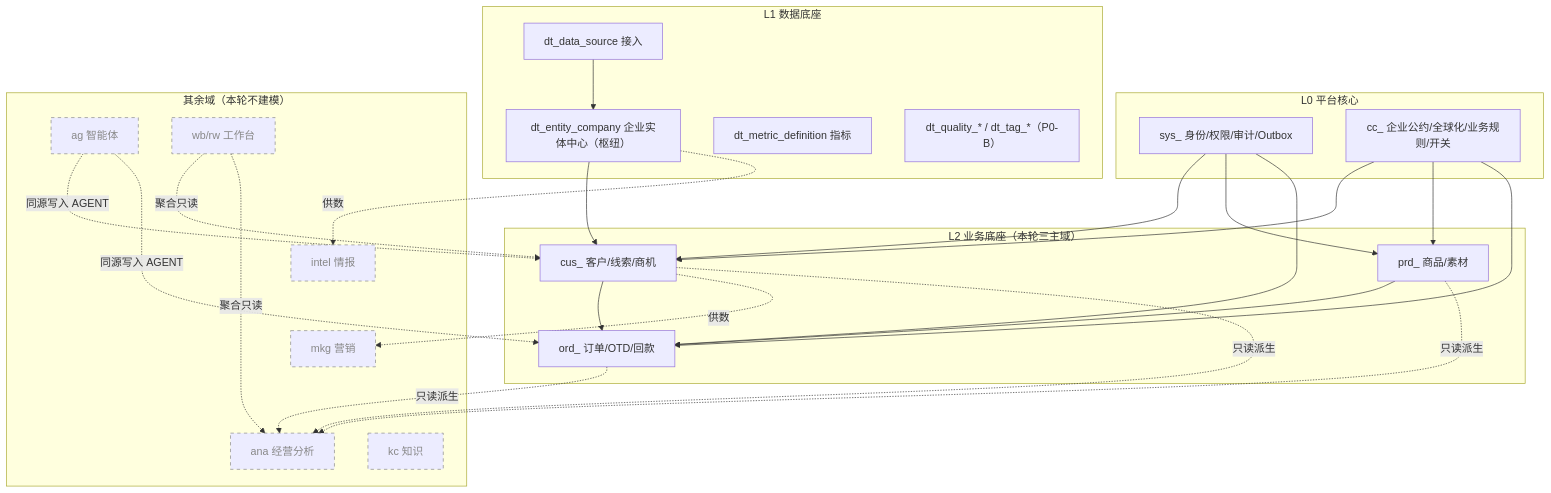
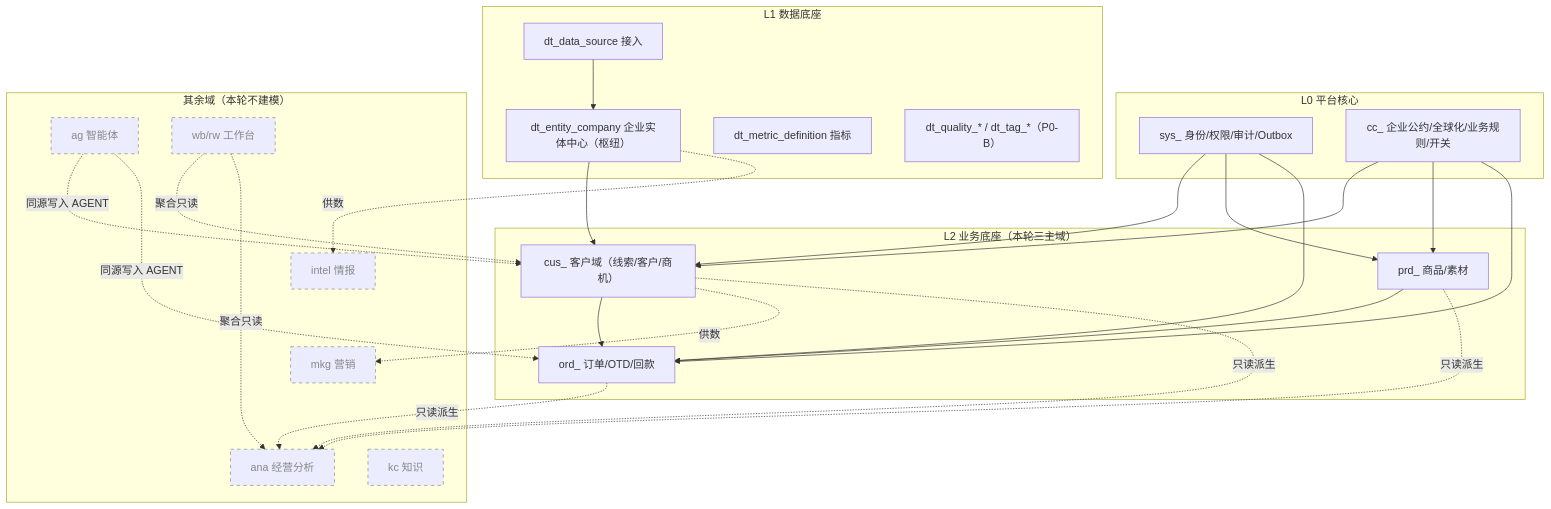
The first of 2 diagrams in lingxi-docs/02-data/概念数据模型-总览.md (Welch-Qi/lingxi2.0), drawn with Mermaid before and after one commit. The commit also changed other lines of this file and 306 other files, not shown here.

````diff
--- a/lingxi-docs/02-data/概念数据模型-总览.md
+++ b/lingxi-docs/02-data/概念数据模型-总览.md
@@ -49,48 +49,48 @@
 ```mermaid
 flowchart TB
   subgraph L0["L0 平台核心"]
     SYS["sys_ 身份/权限/审计/Outbox"]
     CC["cc_ 企业公约/全球化/业务规则/开关"]
   end
   subgraph L1["L1 数据底座"]
     ENT["dt_entity_company 企业实体中心（枢纽）"]
     MET["dt_metric_definition 指标"]
     SRC["dt_data_source 接入"]
     QUAL["dt_quality_* / dt_tag_*（P0-B）"]
   end
   subgraph L2["L2 业务底座（本轮三主域）"]
-    CUS["cus_ 客户/线索/商机"]
+    CUS["cus_ 客户域（线索/客户/商机）"]
     PRD["prd_ 商品/素材"]
     ORD["ord_ 订单/OTD/回款"]
   end
   subgraph FUT["其余域（本轮不建模）"]
     MKG["mkg 营销"]:::dim
     INTEL["intel 情报"]:::dim
     ANA["ana 经营分析"]:::dim
     AG["ag 智能体"]:::dim
     KC["kc 知识"]:::dim
     WB["wb/rw 工作台"]:::dim
   end
 
   SYS --> CUS
   SYS --> PRD
   SYS --> ORD
   CC --> CUS
   CC --> PRD
   CC --> ORD
   SRC --> ENT
   ENT --> CUS
   CUS --> ORD
   PRD --> ORD
   ENT -.->|供数| INTEL
   CUS -.->|供数| MKG
   ORD -.->|只读派生| ANA
   CUS -.->|只读派生| ANA
   PRD -.->|只读派生| ANA
   AG -.->|同源写入 AGENT| CUS
   AG -.->|同源写入 AGENT| ORD
   WB -.->|聚合只读| CUS
   WB -.->|聚合只读| ANA
 
   classDef dim stroke:#888,stroke-dasharray:5 5,color:#888;
 ```
````
